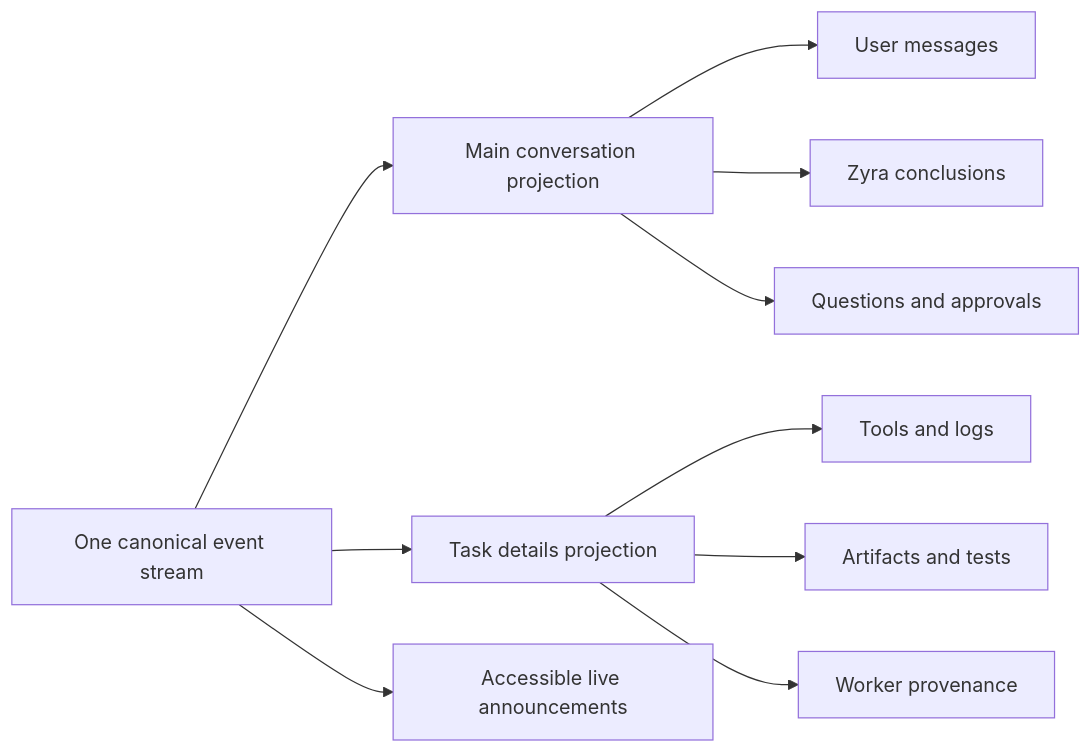
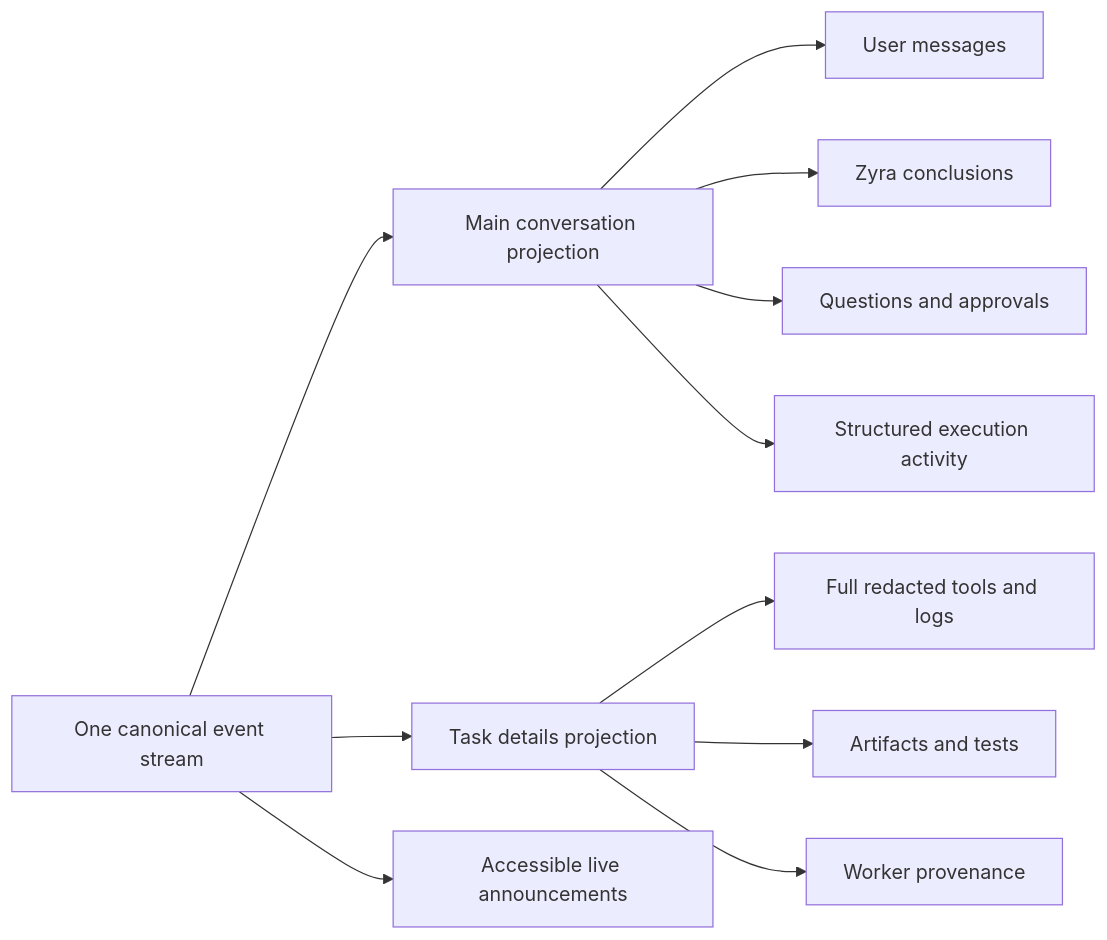
The sixth of 6 diagrams in docs/architecture/voice-agent/narration-and-interaction.md (elsondev2/zyra), drawn with Mermaid before and after one commit. The commit also changed other lines of this file and 42 other files, not shown here.

````diff
--- a/docs/architecture/voice-agent/narration-and-interaction.md
+++ b/docs/architecture/voice-agent/narration-and-interaction.md
@@ -214,14 +235,15 @@
 ```mermaid
 flowchart LR
     E[One canonical event stream] --> M[Main conversation projection]
     E --> T[Task details projection]
     E --> A[Accessible live announcements]
 
     M --> M1[User messages]
     M --> M2[Zyra conclusions]
     M --> M3[Questions and approvals]
+    M --> M4[Structured execution activity]
 
-    T --> T1[Tools and logs]
+    T --> T1[Full redacted tools and logs]
     T --> T2[Artifacts and tests]
     T --> T3[Worker provenance]
 ```
````
